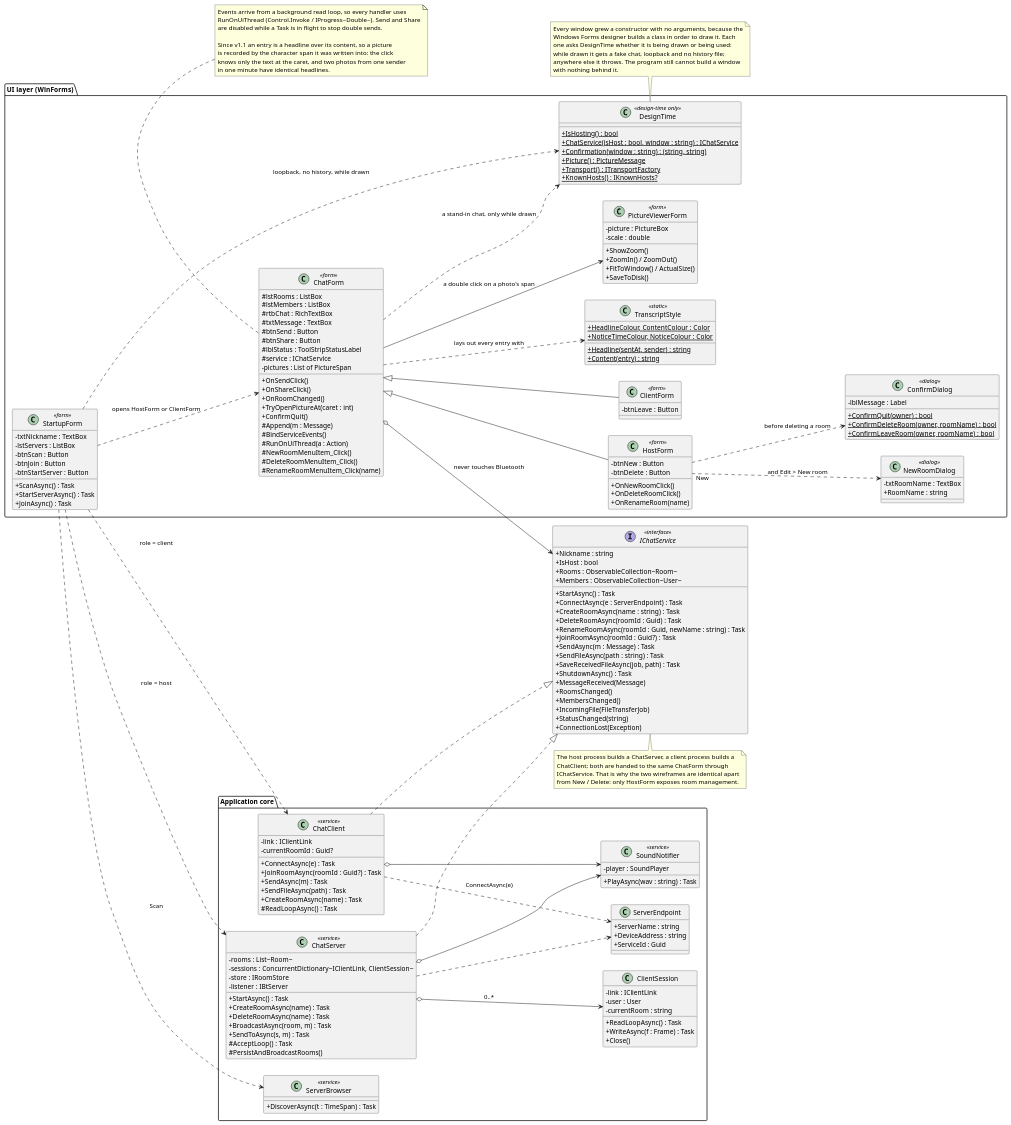
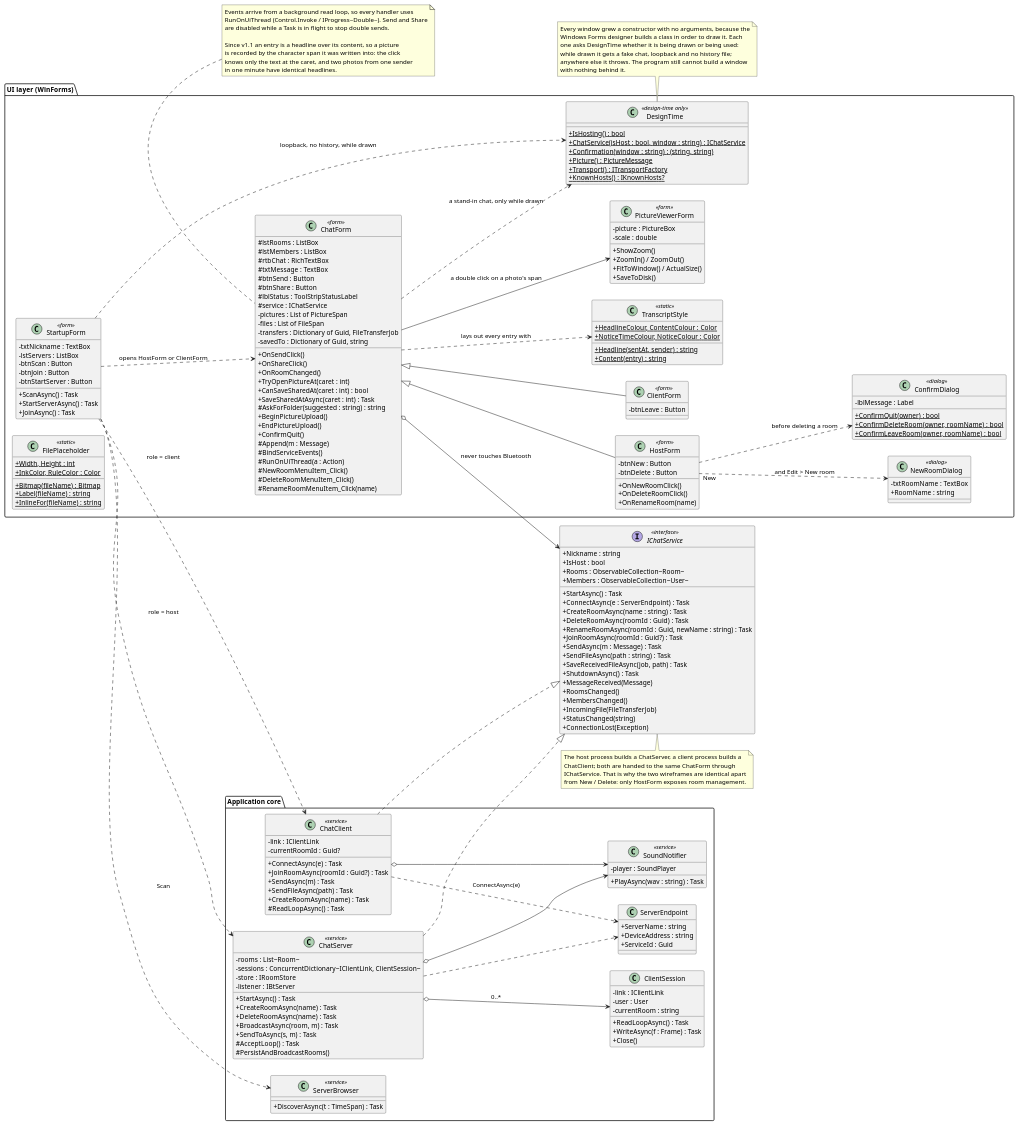
The diagram in docs/umls/02-class-ui-and-services.puml (fiefdx/Lantern), drawn with PlantUML before and after one commit. The commit also changed 10 other files, not shown here.

```diff
--- a/docs/umls/02-class-ui-and-services.puml
+++ b/docs/umls/02-class-ui-and-services.puml
@@ -28,10 +28,18 @@
     # lblStatus : ToolStripStatusLabel
     # service : IChatService
     - pictures : List of PictureSpan
+    - files : List of FileSpan
+    - transfers : Dictionary of Guid, FileTransferJob
+    - savedTo : Dictionary of Guid, string
     + OnSendClick()
     + OnShareClick()
     + OnRoomChanged()
     + TryOpenPictureAt(caret : int)
+    + CanSaveSharedAt(caret : int) : bool
+    + SaveSharedAtAsync(caret : int) : Task
+    # AskForFolder(suggested : string) : string
+    + BeginPictureUpload()
+    + EndPictureUpload()
     + ConfirmQuit()
     # Append(m : Message)
     # BindServiceEvents()
@@ -54,6 +62,15 @@
   }
 
   ' v1.1: what a transcript entry looks like, and where a photo goes when it is opened
+  ' v1.3: the small page a shared file gets in the transcript (docs/notes/sharing-in-and-out.md)
+  class FilePlaceholder <<static>> {
+    + {static} Width, Height : int
+    + {static} InkColor, RuleColor : Color
+    + {static} Bitmap(fileName) : Bitmap
+    + {static} Label(fileName) : string
+    + {static} InlineFor(fileName) : string
+  }
+
   class TranscriptStyle <<static>> {
     + {static} Headline(sentAt, sender) : string
     + {static} Content(entry) : string
```
